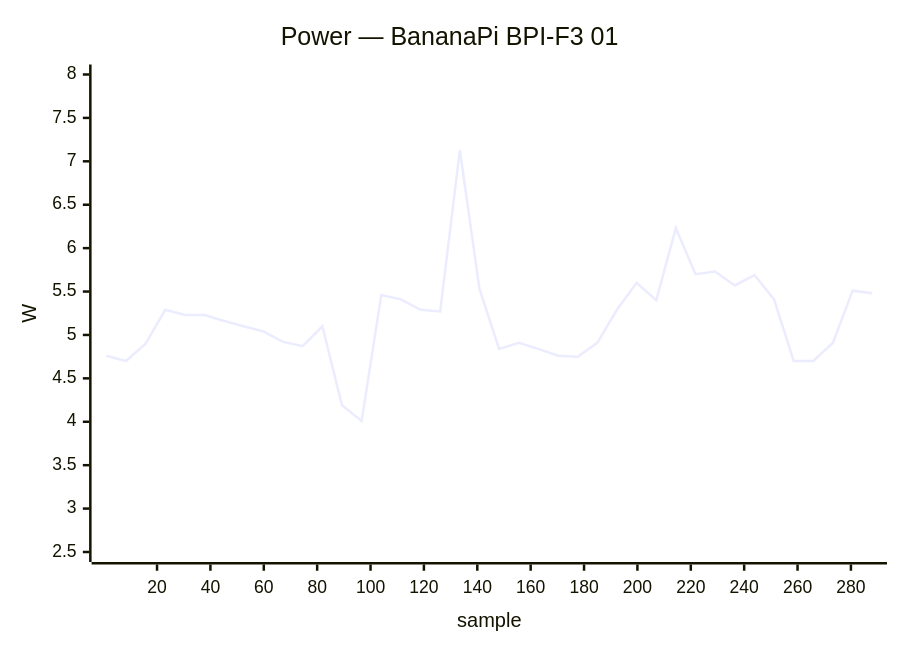
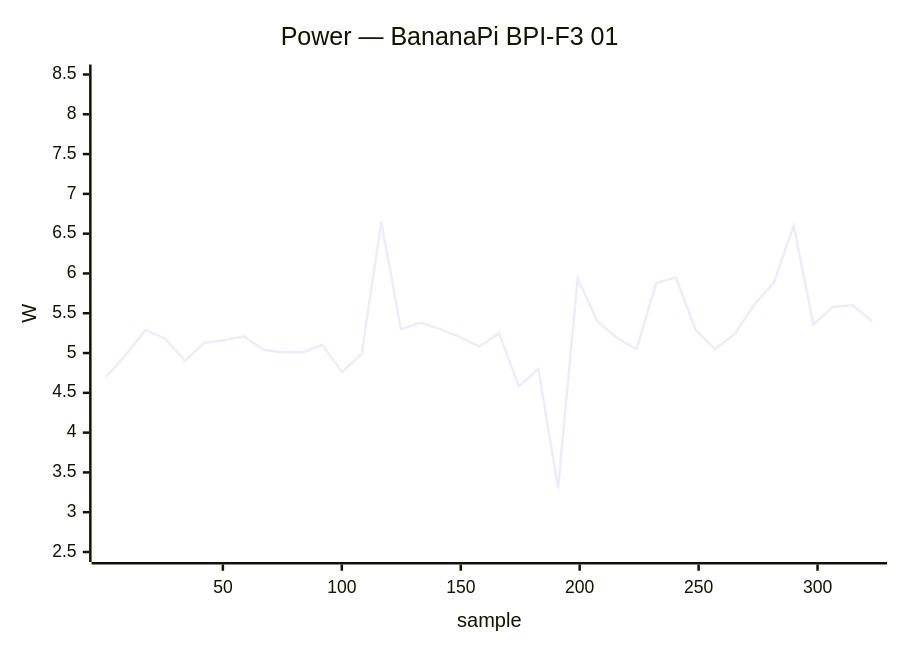
Diagram 12 of 40 in docs/status/board-tests.md (armbian/documentation), drawn with Mermaid before and after one commit. The commit also changed other lines of this file, not shown here.

````diff
--- a/docs/status/board-tests.md
+++ b/docs/status/board-tests.md
@@ -473,7 +487,7 @@
 ```mermaid
 xychart-beta
     title "Power — BananaPi BPI-F3 01"
-    x-axis "sample" 1 --> 288
-    y-axis "W" 2.5 --> 8.0
-    line [4.76, 4.70, 4.90, 5.29, 5.23, 5.23, 5.16, 5.10, 5.04, 4.92, 4.87, 5.10, 4.19, 4.01, 5.46, 5.41, 5.29, 5.27, 7.13, 5.53, 4.84, 4.91, 4.84, 4.76, 4.75, 4.91, 5.29, 5.60, 5.40, 6.23, 5.70, 5.73, 5.57, 5.69, 5.41, 4.70, 4.70, 4.91, 5.51, 5.48]
+    x-axis "sample" 1 --> 323
+    y-axis "W" 2.5 --> 8.5
+    line [4.70, 4.98, 5.29, 5.18, 4.90, 5.13, 5.16, 5.21, 5.04, 5.01, 5.01, 5.10, 4.76, 4.99, 6.65, 5.30, 5.38, 5.30, 5.20, 5.08, 5.25, 4.58, 4.80, 3.30, 5.94, 5.40, 5.19, 5.05, 5.88, 5.95, 5.29, 5.05, 5.24, 5.61, 5.89, 6.60, 5.36, 5.58, 5.60, 5.40]
 ```
````
